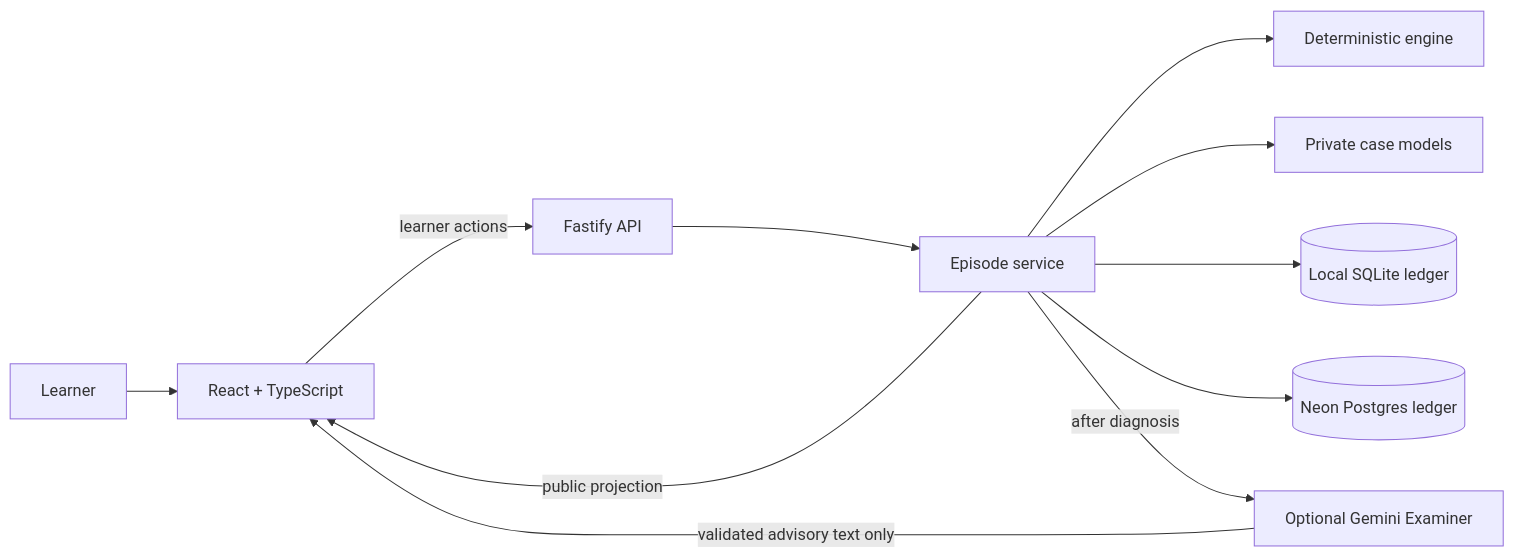
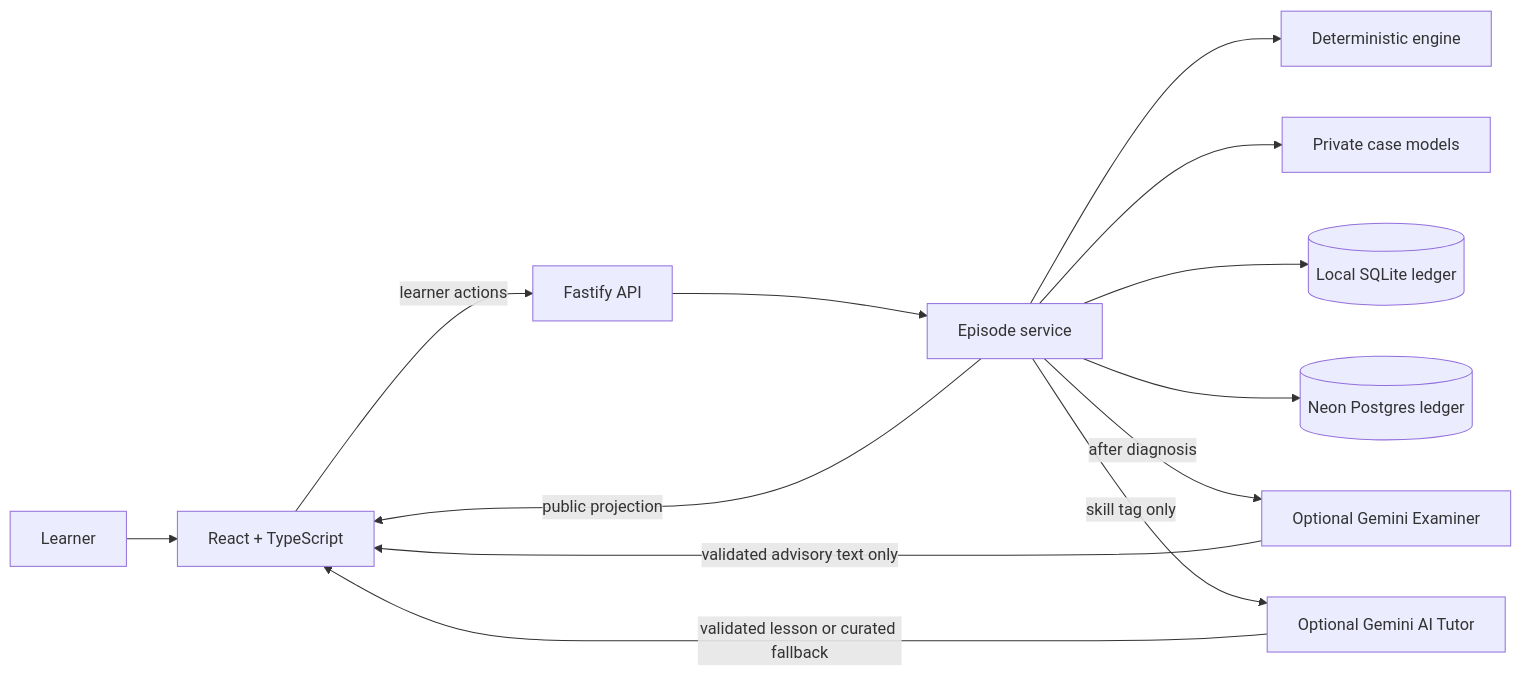
One commit to Tayebbb/TwinSleuth changed the second of 2 diagrams in README.md. Above: the diagram before and after it, drawn with Mermaid. The commit also changed other lines of this file and 19 other files, not shown here.

````diff
--- a/README.md
+++ b/README.md
@@ -50,13 +51,15 @@
 ```mermaid
 flowchart LR
     Learner --> UI[React + TypeScript]
     UI -->|learner actions| API[Fastify API]
     API --> Episode[Episode service]
     Episode --> Engine[Deterministic engine]
     Episode --> Models[Private case models]
     Episode --> Local[(Local SQLite ledger)]
     Episode --> Hosted[(Neon Postgres ledger)]
     Episode -->|public projection| UI
     Episode -->|after diagnosis| Examiner[Optional Gemini Examiner]
     Examiner -->|validated advisory text only| UI
+    Episode -->|skill tag only| Tutor[Optional Gemini AI Tutor]
+    Tutor -->|validated lesson or curated fallback| UI
 ```
````
